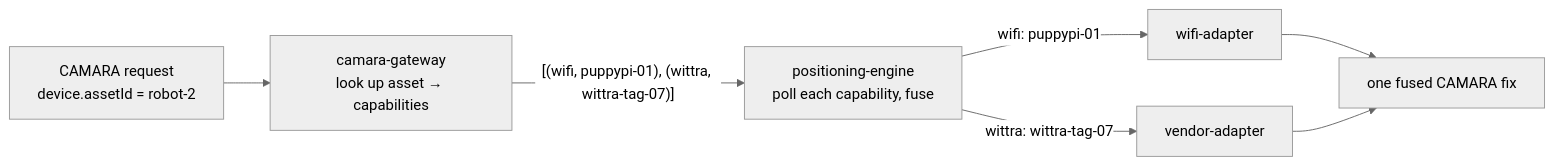
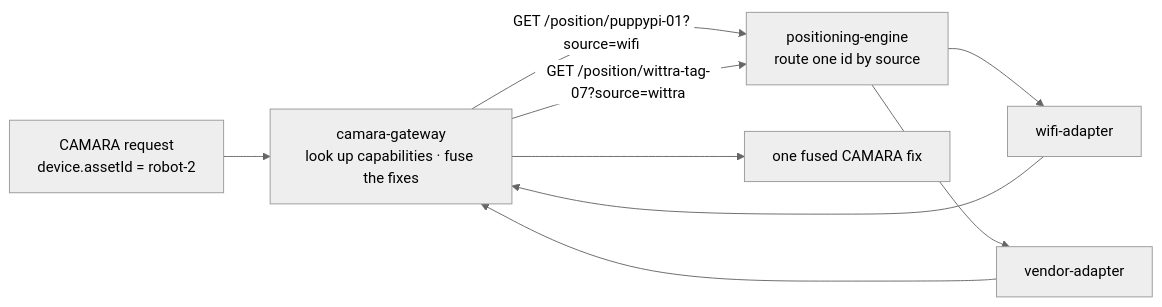
Before and after one commit to Jacobbista/5g-northbound: the first of 2 diagrams in docs/asset-registry.md, drawn with Mermaid (neutral theme). The commit also changed other lines of this file and 11 other files, not shown here.

Commit message:
docs: core vocabulary, runtime contracts, WS subprotocol auth, pipeline diagram revalidation

````diff
--- a/docs/asset-registry.md
+++ b/docs/asset-registry.md
@@ -85,9 +85,11 @@
 ```mermaid
 flowchart LR
-    A["CAMARA request<br/>device.assetId = robot-2"] --> G["camara-gateway<br/>look up asset → capabilities"]
-    G -->|"[(wifi, puppypi-01), (wittra, wittra-tag-07)]"| E["positioning-engine<br/>poll each capability, fuse"]
-    E -->|wifi: puppypi-01| AW["wifi-adapter"]
-    E -->|wittra: wittra-tag-07| AV["vendor-adapter"]
-    AW --> F["one fused CAMARA fix"]
-    AV --> F
+    A["CAMARA request<br/>device.assetId = robot-2"] --> G["camara-gateway<br/>look up capabilities · fuse the fixes"]
+    G -->|"GET /position/puppypi-01?source=wifi"| E["positioning-engine<br/>route one id by source"]
+    G -->|"GET /position/wittra-tag-07?source=wittra"| E
+    E --> AW["wifi-adapter"]
+    E --> AV["vendor-adapter"]
+    AW --> G
+    AV --> G
+    G --> F["one fused CAMARA fix"]
 ```
````
